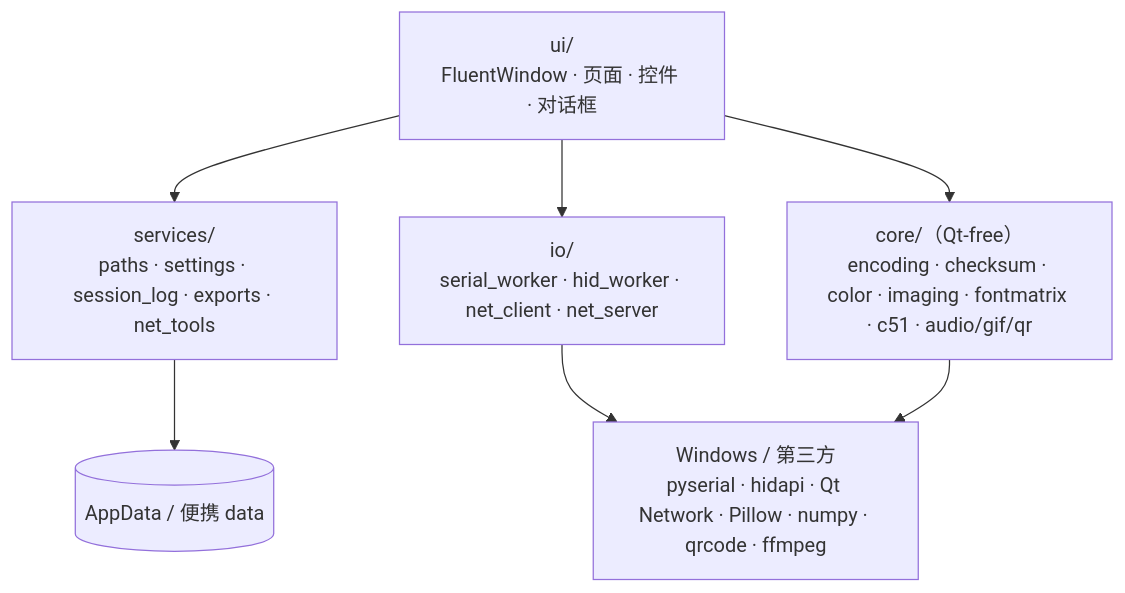
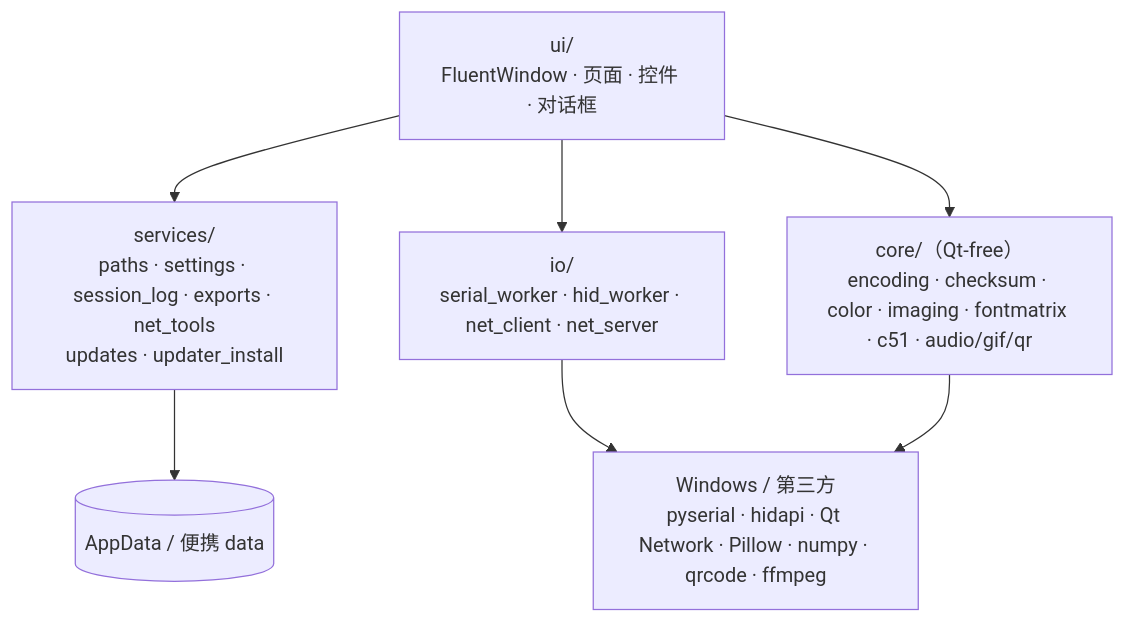
The first of 2 diagrams in docs/ARCHITECTURE.md (Yaopyr/PortHelperFluent), drawn with Mermaid before and after one commit. The commit also changed other lines of this file and 3 other files, not shown here.

````diff
--- a/docs/ARCHITECTURE.md
+++ b/docs/ARCHITECTURE.md
@@ -17,16 +17,16 @@
 ```mermaid
 flowchart TB
     UI["ui/<br/>FluentWindow · 页面 · 控件 · 对话框"]
-    SVC["services/<br/>paths · settings · session_log · exports · net_tools"]
+    SVC["services/<br/>paths · settings · session_log · exports · net_tools<br/>updates · updater_install"]
     IO["io/<br/>serial_worker · hid_worker · net_client · net_server"]
     CORE["core/（Qt-free）<br/>encoding · checksum · color · imaging · fontmatrix · c51 · audio/gif/qr"]
     WIN["Windows / 第三方<br/>pyserial · hidapi · Qt Network · Pillow · numpy · qrcode · ffmpeg"]
     FS[("AppData / 便携 data")]
 
     UI --> SVC
     UI --> IO
     UI --> CORE
     SVC --> FS
     IO --> WIN
     CORE --> WIN
 ```
````
